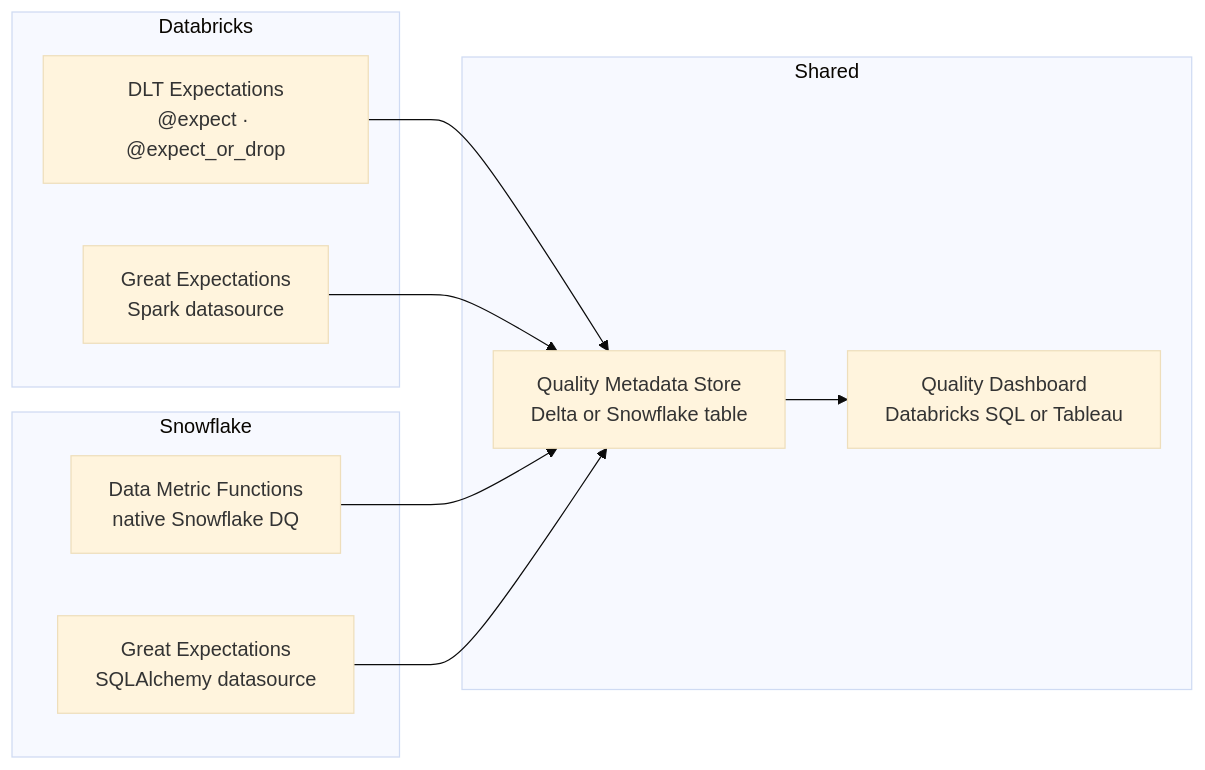
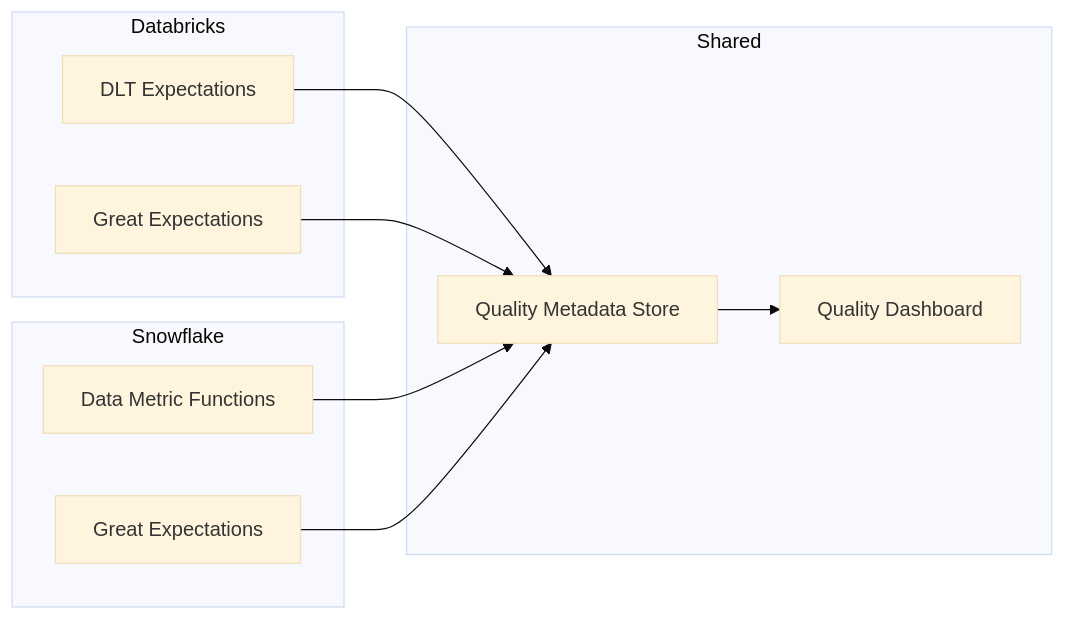
The diagram in 04-data-quality/06-cross-platform-dq.md (gcmishra7/data-engineering-helper), drawn with Mermaid (base theme) before and after one commit. The commit also changed other lines of this file and 57 other files, not shown here.

First line of the commit message:
Shorten mermaid node labels to fix text truncation on GitHub

````diff
--- a/04-data-quality/06-cross-platform-dq.md
+++ b/04-data-quality/06-cross-platform-dq.md
@@ -8,21 +8,21 @@
 ```mermaid
 graph LR
     subgraph Databricks
-        DLT[DLT Expectations<br/>@expect · @expect_or_drop]
-        GX[Great Expectations<br/>Spark datasource]
+        DLT[DLT Expectations]
+        GX[Great Expectations]
     end
     subgraph Snowflake
-        DMF[Data Metric Functions<br/>native Snowflake DQ]
-        GX2[Great Expectations<br/>SQLAlchemy datasource]
+        DMF[Data Metric Functions]
+        GX2[Great Expectations]
     end
     subgraph Shared
-        META[Quality Metadata Store<br/>Delta or Snowflake table]
-        DASH[Quality Dashboard<br/>Databricks SQL or Tableau]
+        META[Quality Metadata Store]
+        DASH[Quality Dashboard]
     end
 
     DLT --> META
     GX --> META
     DMF --> META
     GX2 --> META
     META --> DASH
 ```
````
